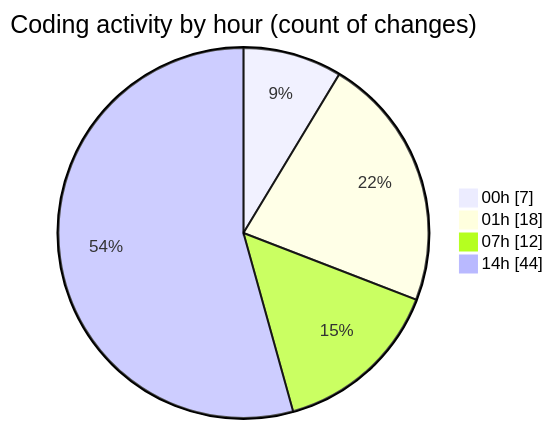
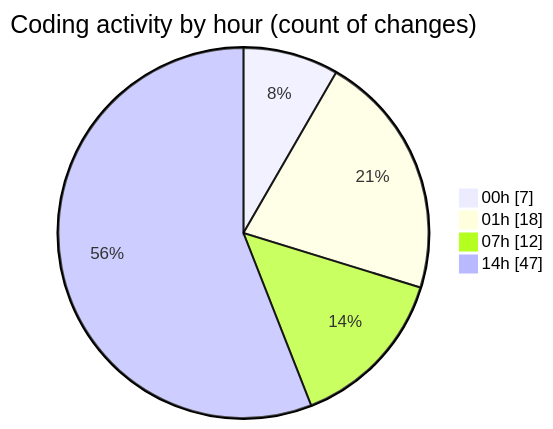
One commit to tmsrecording-cyber/code-tracking changed the second of 2 diagrams in 2026-04-24/darkwire/README.md. Above: the diagram before and after it, drawn with Mermaid. The commit also changed other lines of this file and 1 other file, not shown here.

````diff
--- a/2026-04-24/darkwire/README.md
+++ b/2026-04-24/darkwire/README.md
@@ -48,8 +49,8 @@
 ```mermaid
 pie showData
 title Coding activity by hour (count of changes)
 "00h" : 7
 "01h" : 18
 "07h" : 12
-"14h" : 44
+"14h" : 47
 ```
````
